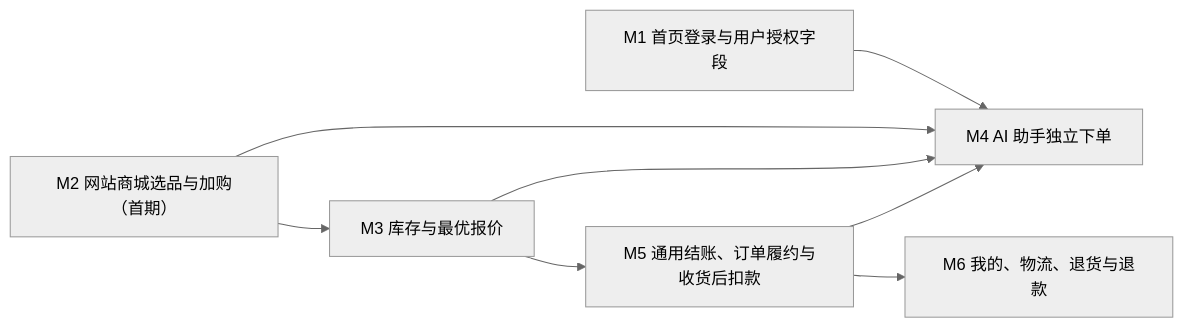
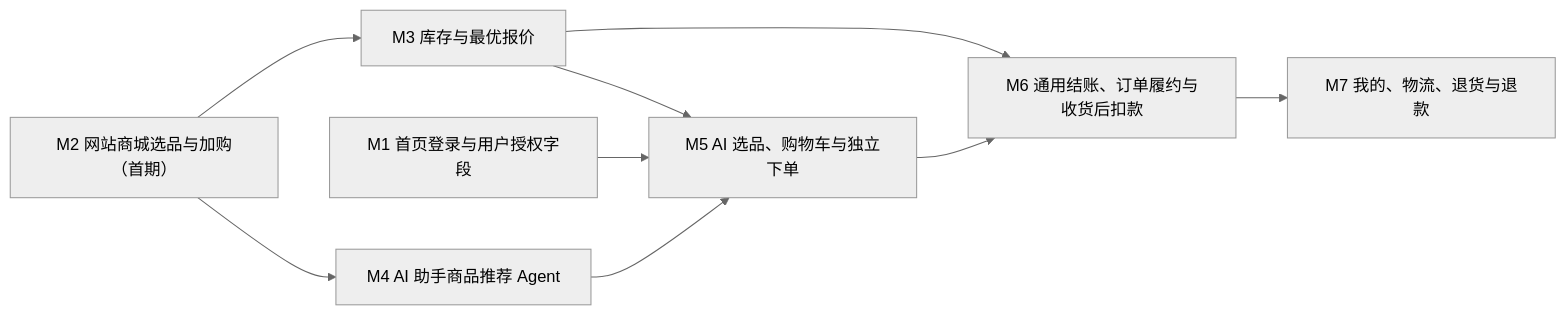
Before and after one commit to sunqun/ai-shop-assistant: the diagram in docs/v0.1.0/module-delivery-splitting.md, drawn with Mermaid (neutral theme). The commit also changed other lines of this file and 25 other files, not shown here.

````diff
--- a/docs/v0.1.0/module-delivery-splitting.md
+++ b/docs/v0.1.0/module-delivery-splitting.md
@@ -49,10 +50,11 @@
 ```mermaid
 flowchart LR
   M2["M2 网站商城选品与加购（首期）"] --> M3["M3 库存与最优报价"]
-  M1["M1 首页登录与用户授权字段"] --> M4["M4 AI 助手独立下单"]
-  M2 --> M4
-  M3 --> M4
-  M3 --> M5["M5 通用结账、订单履约与收货后扣款"]
-  M5 --> M4
-  M5 --> M6["M6 我的、物流、退货与退款"]
+  M2 --> M4["M4 AI 助手商品推荐 Agent"]
+  M3 --> M5["M5 AI 选品、购物车与独立下单"]
+  M1["M1 首页登录与用户授权字段"] --> M5
+  M4 --> M5
+  M3 --> M6["M6 通用结账、订单履约与收货后扣款"]
+  M5 --> M6
+  M6 --> M7["M7 我的、物流、退货与退款"]
 ```
````
